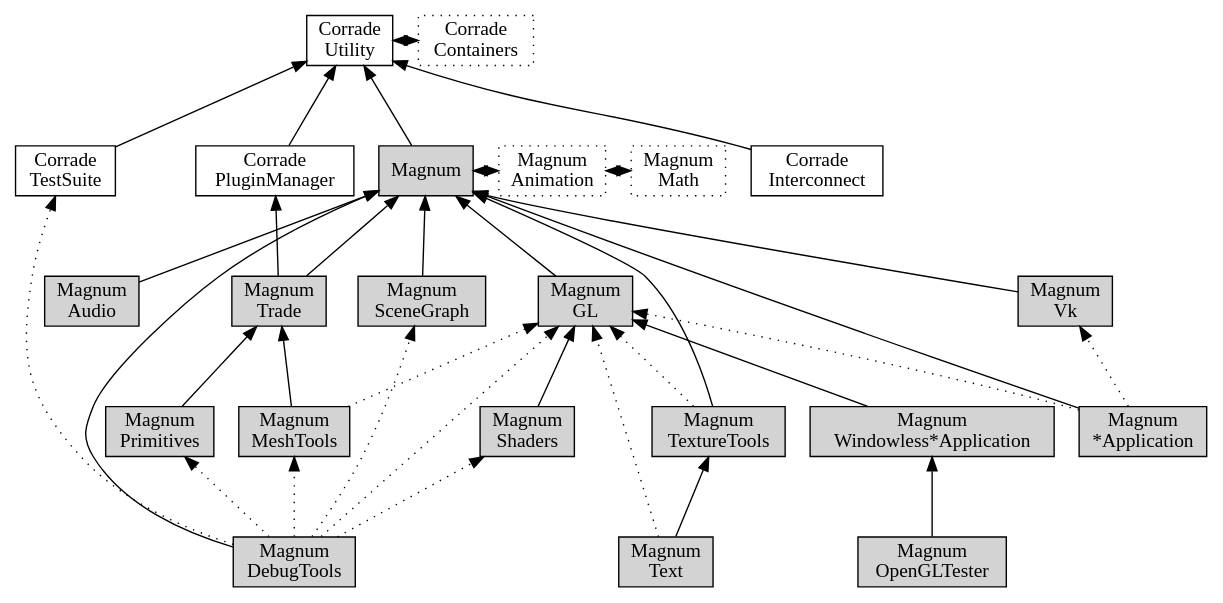
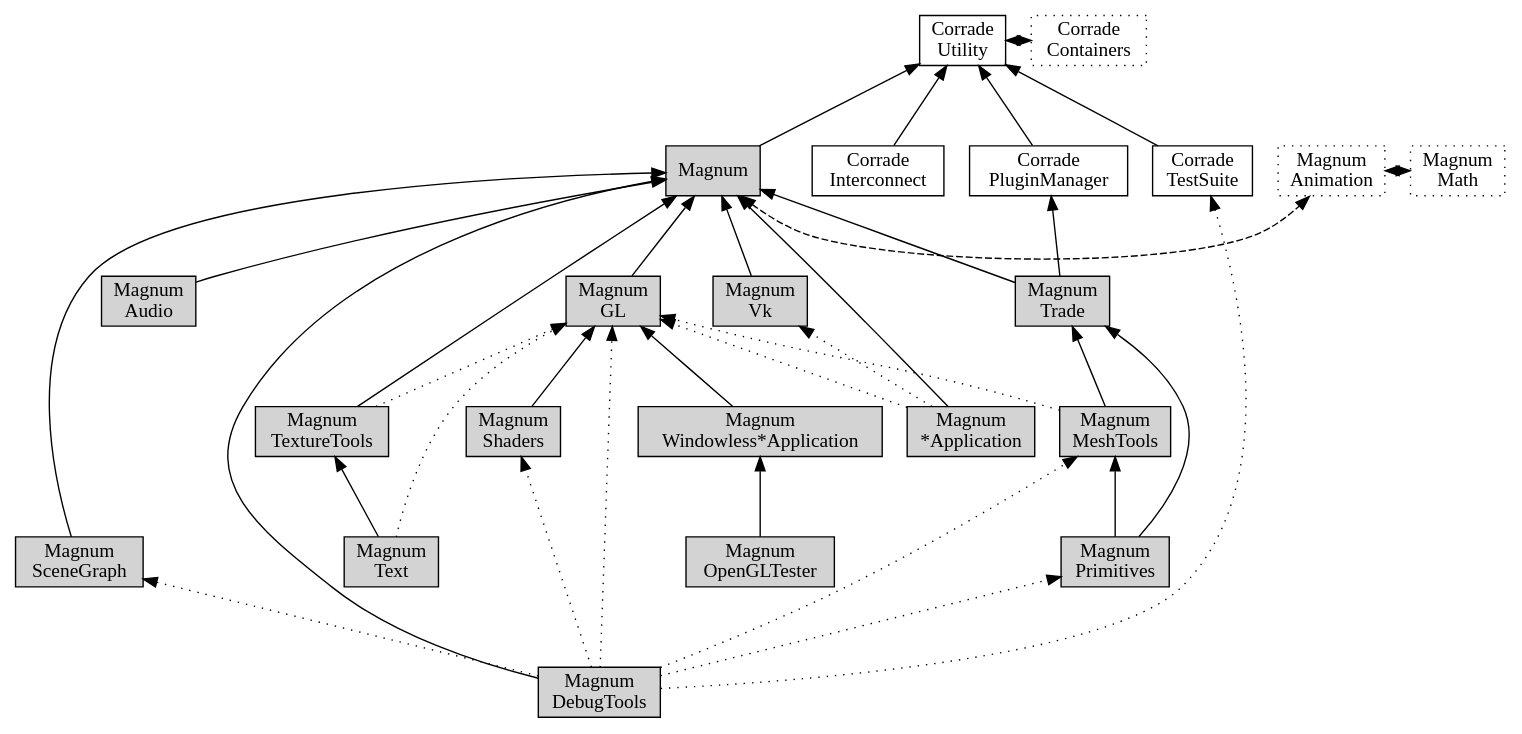
Before and after one commit to mosra/magnum: the diagram in doc/custom-buildsystems-order.dot, drawn with Graphviz. The commit also changed 10 other files, not shown here.

First line of the commit message:
MeshTools: de-template removeDuplicatesFuzzy().

```diff
--- a/doc/custom-buildsystems-order.dot
+++ b/doc/custom-buildsystems-order.dot
@@ -1,104 +1,105 @@
 /*
     This file is part of Magnum.
 
     Copyright © 2010, 2011, 2012, 2013, 2014, 2015, 2016, 2017, 2018, 2019
               Vladimír Vondruš <mosra@centrum.cz>
 
     Permission is hereby granted, free of charge, to any person obtaining a
     copy of this software and associated documentation files (the "Software"),
     to deal in the Software without restriction, including without limitation
     the rights to use, copy, modify, merge, publish, distribute, sublicense,
     and/or sell copies of the Software, and to permit persons to whom the
     Software is furnished to do so, subject to the following conditions:
 
     The above copyright notice and this permission notice shall be included
     in all copies or substantial portions of the Software.
 
     THE SOFTWARE IS PROVIDED "AS IS", WITHOUT WARRANTY OF ANY KIND, EXPRESS OR
     IMPLIED, INCLUDING BUT NOT LIMITED TO THE WARRANTIES OF MERCHANTABILITY,
     FITNESS FOR A PARTICULAR PURPOSE AND NONINFRINGEMENT. IN NO EVENT SHALL
     THE AUTHORS OR COPYRIGHT HOLDERS BE LIABLE FOR ANY CLAIM, DAMAGES OR OTHER
     LIABILITY, WHETHER IN AN ACTION OF CONTRACT, TORT OR OTHERWISE, ARISING
     FROM, OUT OF OR IN CONNECTION WITH THE SOFTWARE OR THE USE OR OTHER
     DEALINGS IN THE SOFTWARE.
 */
 
 digraph "Magnum library dependency order" {
     rankdir=BT
     ranksep=0.8
     node [style=filled shape=rect margin="0.03,0.03"]
 
     CorradeUtility [style=solid label="Corrade\nUtility" class="m-primary"]
     CorradeContainers [style=solid label="Corrade\nContainers" class="m-primary" style=dotted]
     CorradePluginManager [style=solid label="Corrade\nPluginManager" class="m-info"]
     CorradeInterconnect [style=solid label="Corrade\nInterconnect" class="m-info"]
     CorradeTestSuite [style=solid label="Corrade\nTestSuite" class="m-info"]
 
     Magnum [class="m-primary"]
     MagnumAnimation [label="Magnum\nAnimation" class="m-primary" style=dotted]
     MagnumAudio [label="Magnum\nAudio" class="m-info"]
     MagnumDebugTools [label="Magnum\nDebugTools" class="m-info"]
     MagnumGL [label="Magnum\nGL" class="m-info"]
     MagnumMath [label="Magnum\nMath" class="m-primary" style=dotted]
     MagnumMeshTools [label="Magnum\nMeshTools" class="m-info"]
     MagnumOpenGLTester [label="Magnum\nOpenGLTester" class="m-info"]
     MagnumPrimitives [label="Magnum\nPrimitives" class="m-info"]
     MagnumSceneGraph [label="Magnum\nSceneGraph" class="m-info"]
     MagnumShaders [label="Magnum\nShaders" class="m-info"]
     MagnumText [label="Magnum\nText" class="m-info"]
     MagnumTextureTools [label="Magnum\nTextureTools" class="m-info"]
     MagnumTrade [label="Magnum\nTrade" class="m-info"]
     MagnumVk [label="Magnum\nVk" class="m-info"]
 
     MagnumApplication [label="Magnum\n*Application" class="m-info"]
     MagnumWindowlessApplication [label="Magnum\nWindowless*Application" class="m-info"]
 
     CorradeUtility -> CorradeContainers [dir=both style=dashed class="m-primary"]
     {rank=same CorradeUtility CorradeContainers}
     CorradePluginManager -> CorradeUtility [class="m-info"]
     CorradeInterconnect -> CorradeUtility [class="m-info"]
     CorradeTestSuite -> CorradeUtility [class="m-info"]
 
     {rank=same Magnum -> MagnumAnimation -> MagnumMath [dir=both style=dashed]}
     Magnum -> CorradeUtility
 
     MagnumAudio -> Magnum
 
     MagnumDebugTools -> CorradeTestSuite [style=dotted]
     MagnumDebugTools -> Magnum
     MagnumDebugTools -> MagnumGL [style=dotted]
     MagnumDebugTools -> MagnumMeshTools [style=dotted]
     MagnumDebugTools -> MagnumPrimitives [style=dotted]
     MagnumDebugTools -> MagnumShaders [style=dotted]
     MagnumDebugTools -> MagnumSceneGraph [style=dotted]
 
     MagnumGL -> Magnum
 
     MagnumMeshTools -> MagnumTrade
     MagnumMeshTools -> MagnumGL [style=dotted]
 
     MagnumOpenGLTester -> MagnumWindowlessApplication
 
+    MagnumPrimitives -> MagnumMeshTools
     MagnumPrimitives -> MagnumTrade
 
     MagnumSceneGraph -> Magnum
 
     MagnumShaders -> MagnumGL
 
     MagnumText -> MagnumTextureTools
     MagnumText -> MagnumGL [style=dotted]
 
     MagnumTextureTools -> Magnum
     MagnumTextureTools -> MagnumGL [style=dotted]
 
     MagnumTrade -> Magnum
     MagnumTrade -> CorradePluginManager
 
     MagnumVk -> Magnum
 
     MagnumApplication -> Magnum
     MagnumApplication -> MagnumGL [style=dotted]
     MagnumApplication -> MagnumVk [style=dotted]
 
     MagnumWindowlessApplication -> MagnumGL
 }
```
